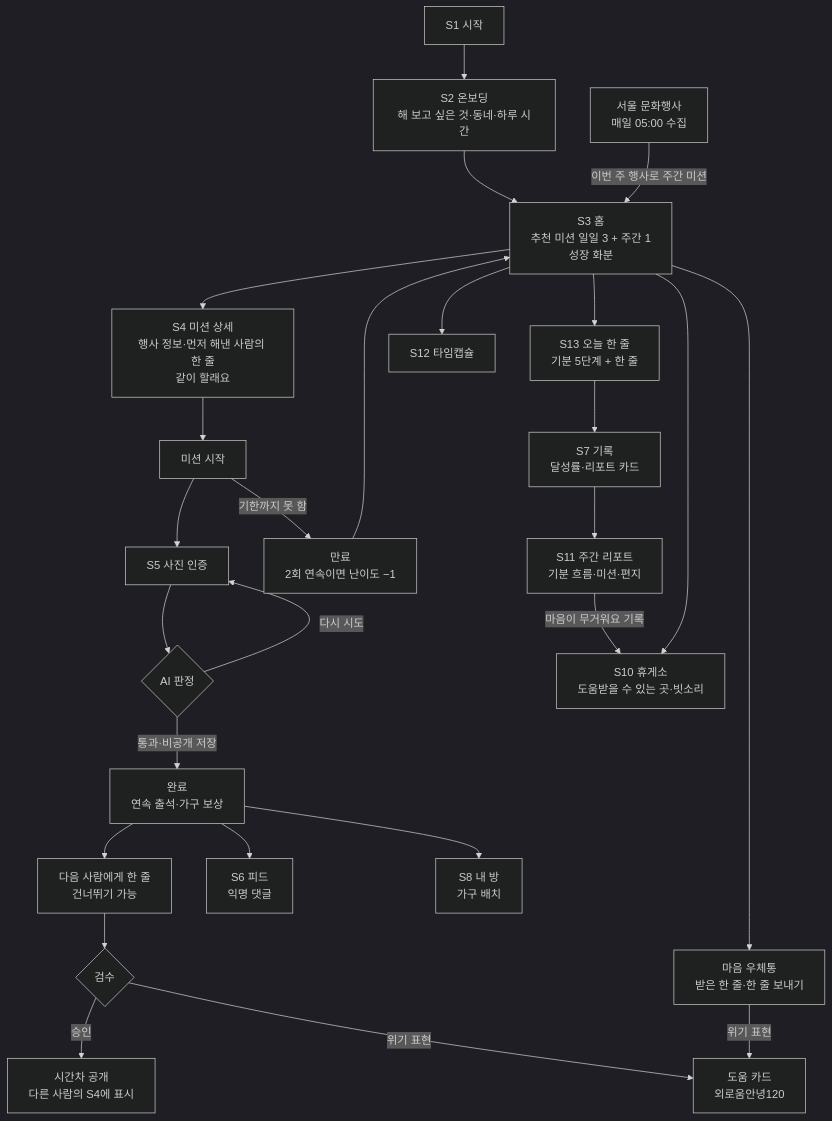
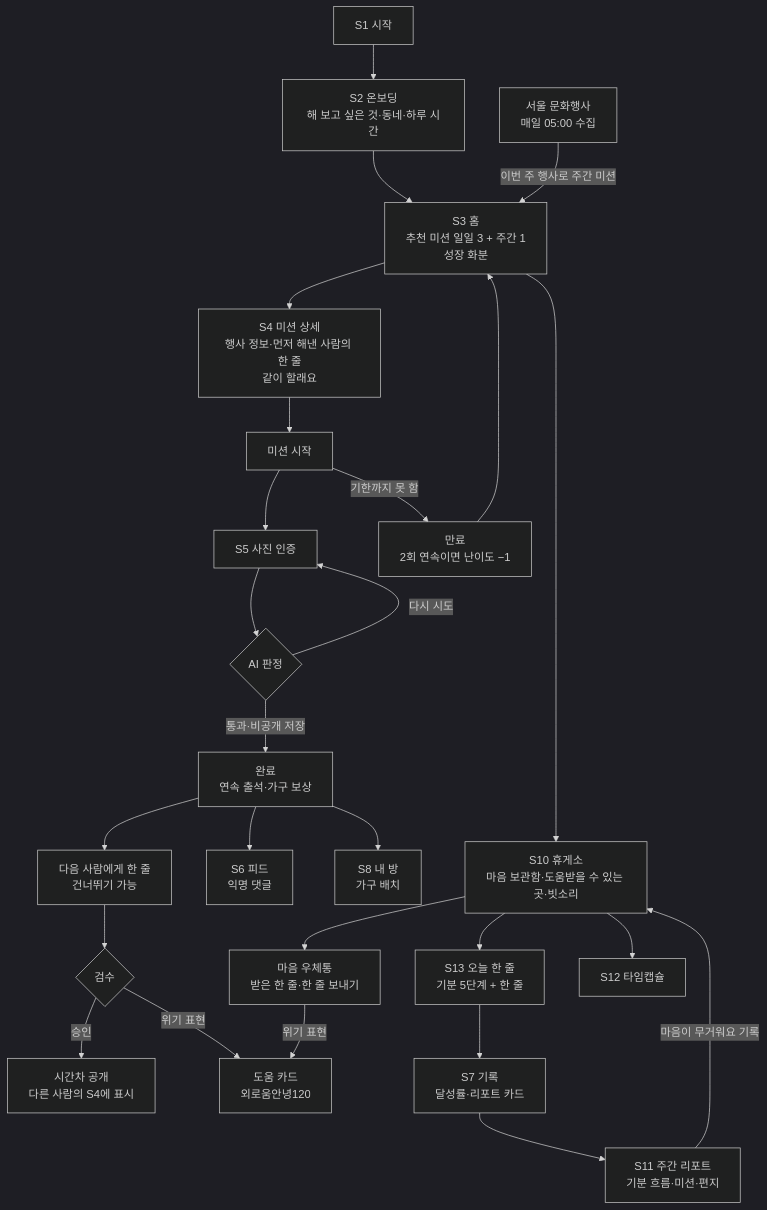
One commit to koolunkle/maru changed the diagram in docs/USER-FLOWS.md. Above: the diagram before and after it, drawn with Mermaid (dark theme). The commit also changed other lines of this file and 6 other files, not shown here.

````diff
--- a/docs/USER-FLOWS.md
+++ b/docs/USER-FLOWS.md
@@ -37,31 +37,31 @@
 ```mermaid
 flowchart TD
     S1[S1 시작] --> S2[S2 온보딩<br/>해 보고 싶은 것·동네·하루 시간]
     S2 --> S3[S3 홈<br/>추천 미션 일일 3 + 주간 1<br/>성장 화분]
 
     S3 --> S4[S4 미션 상세<br/>행사 정보·먼저 해낸 사람의 한 줄<br/>같이 할래요]
     S4 --> START[미션 시작]
     START --> S5[S5 사진 인증]
     START -- 기한까지 못 함 --> EXP[만료<br/>2회 연속이면 난이도 −1]
     EXP --> S3
     S5 --> J{AI 판정}
     J -- 다시 시도 --> S5
     J -- 통과·비공개 저장 --> R[완료<br/>연속 출석·가구 보상]
     R --> RL[다음 사람에게 한 줄<br/>건너뛰기 가능]
     RL --> M{검수}
     M -- 승인 --> PUB[시간차 공개<br/>다른 사람의 S4에 표시]
     M -- 위기 표현 --> HELP[도움 카드<br/>외로움안녕120]
     R --> S6[S6 피드<br/>익명 댓글]
     R --> S8[S8 내 방<br/>가구 배치]
 
-    S3 --> MB[마음 우체통<br/>받은 한 줄·한 줄 보내기]
+    S10 --> MB[마음 우체통<br/>받은 한 줄·한 줄 보내기]
     MB -- 위기 표현 --> HELP
-    S3 --> S13[S13 오늘 한 줄<br/>기분 5단계 + 한 줄]
-    S3 --> S12[S12 타임캡슐]
+    S10 --> S13[S13 오늘 한 줄<br/>기분 5단계 + 한 줄]
+    S10 --> S12[S12 타임캡슐]
     S13 --> S7[S7 기록<br/>달성률·리포트 카드]
     S7 --> S11[S11 주간 리포트<br/>기분 흐름·미션·편지]
-    S11 -- 마음이 무거워요 기록 --> S10[S10 휴게소<br/>도움받을 수 있는 곳·빗소리]
+    S11 -- 마음이 무거워요 기록 --> S10[S10 휴게소<br/>마음 보관함·도움받을 수 있는 곳·빗소리]
 
     S3 --> S10
     EV[서울 문화행사<br/>매일 05:00 수집] -- 이번 주 행사로 주간 미션 --> S3
 ```
````
